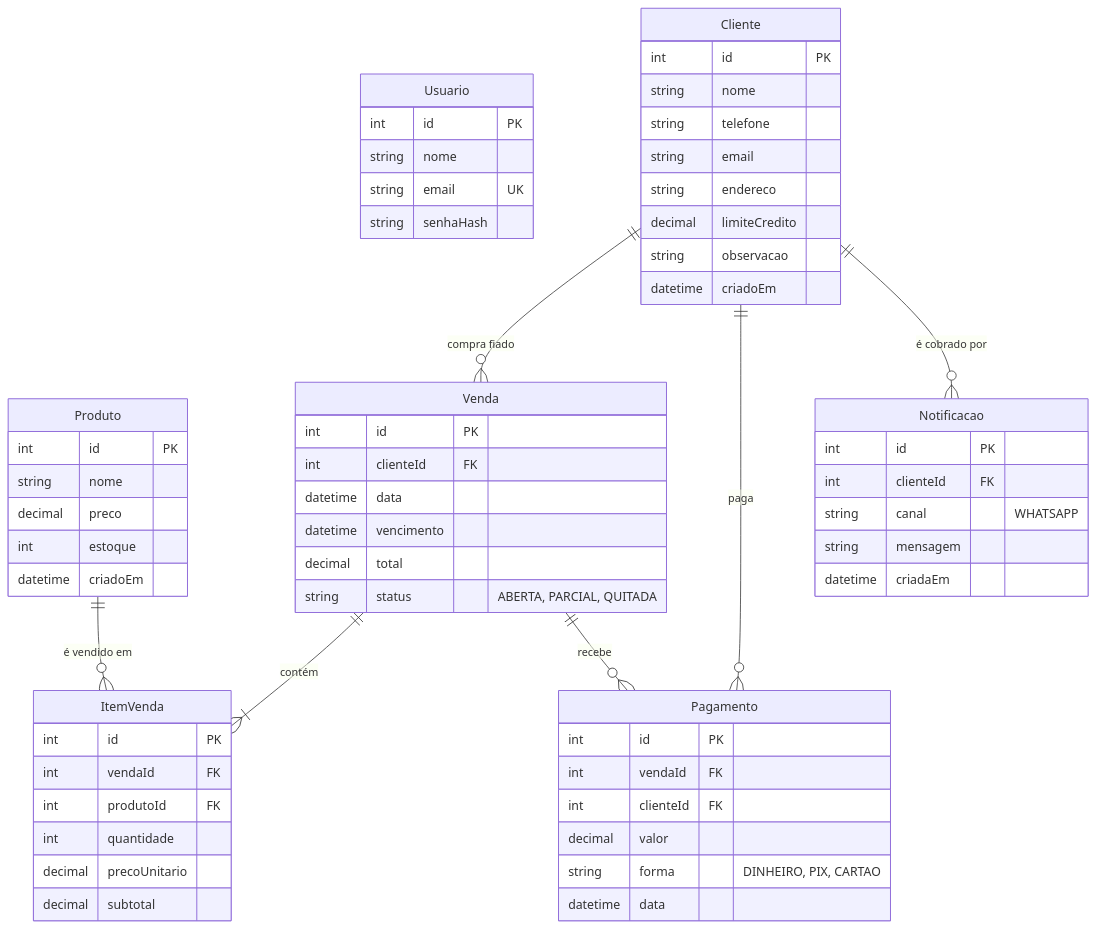
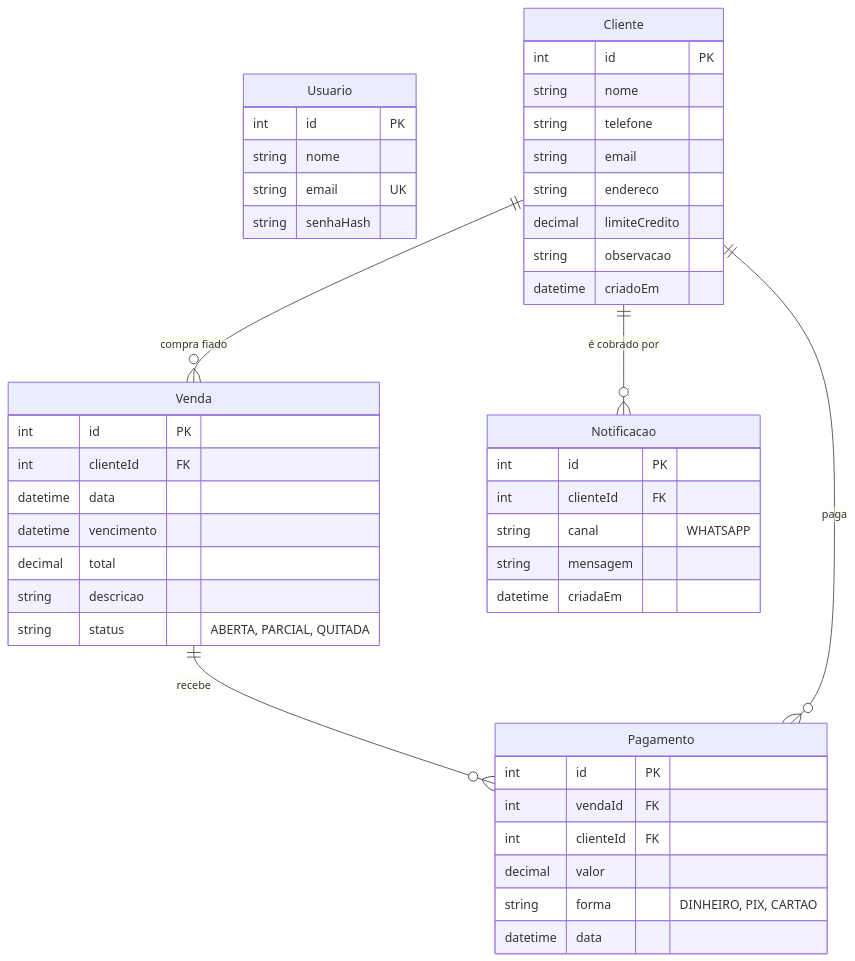
Before and after one commit to matheuszpher/cobrei: the fourth of 5 diagrams in docs/c4/diagramas.md, drawn with Mermaid. The commit also changed other lines of this file and 7 other files, not shown here.

````diff
--- a/docs/c4/diagramas.md
+++ b/docs/c4/diagramas.md
@@ -92,64 +92,48 @@
 ```mermaid
 erDiagram
     Usuario {
         int id PK
         string nome
         string email UK
         string senhaHash
     }
     Cliente {
         int id PK
         string nome
         string telefone
         string email
         string endereco
         decimal limiteCredito
         string observacao
         datetime criadoEm
     }
-    Produto {
-        int id PK
-        string nome
-        decimal preco
-        int estoque
-        datetime criadoEm
-    }
     Venda {
         int id PK
         int clienteId FK
         datetime data
         datetime vencimento
         decimal total
+        string descricao
         string status "ABERTA, PARCIAL, QUITADA"
-    }
-    ItemVenda {
-        int id PK
-        int vendaId FK
-        int produtoId FK
-        int quantidade
-        decimal precoUnitario
-        decimal subtotal
     }
     Pagamento {
         int id PK
         int vendaId FK
         int clienteId FK
         decimal valor
         string forma "DINHEIRO, PIX, CARTAO"
         datetime data
     }
     Notificacao {
         int id PK
         int clienteId FK
         string canal "WHATSAPP"
         string mensagem
         datetime criadaEm
     }
 
     Cliente ||--o{ Venda : "compra fiado"
-    Venda ||--|{ ItemVenda : "contém"
-    Produto ||--o{ ItemVenda : "é vendido em"
     Venda ||--o{ Pagamento : "recebe"
     Cliente ||--o{ Pagamento : "paga"
     Cliente ||--o{ Notificacao : "é cobrado por"
 ```
````
